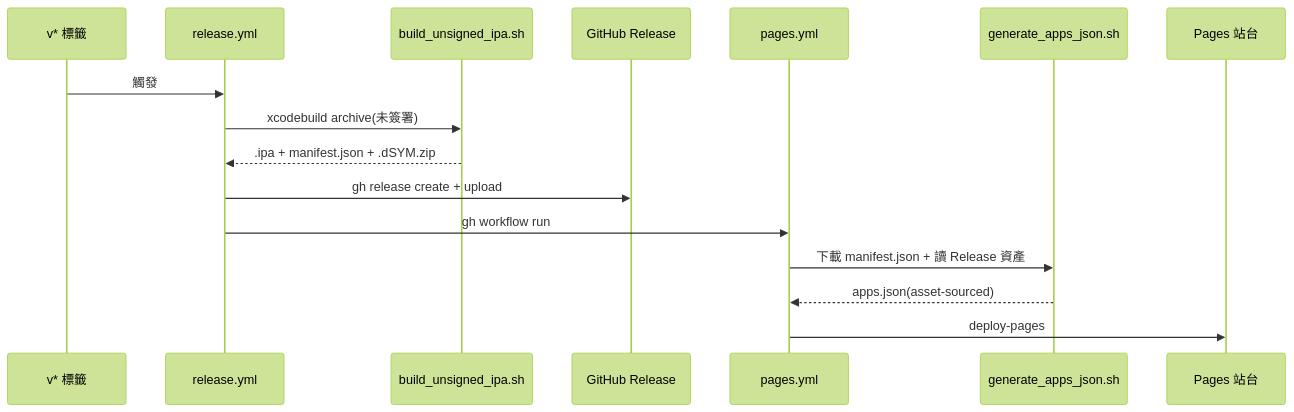
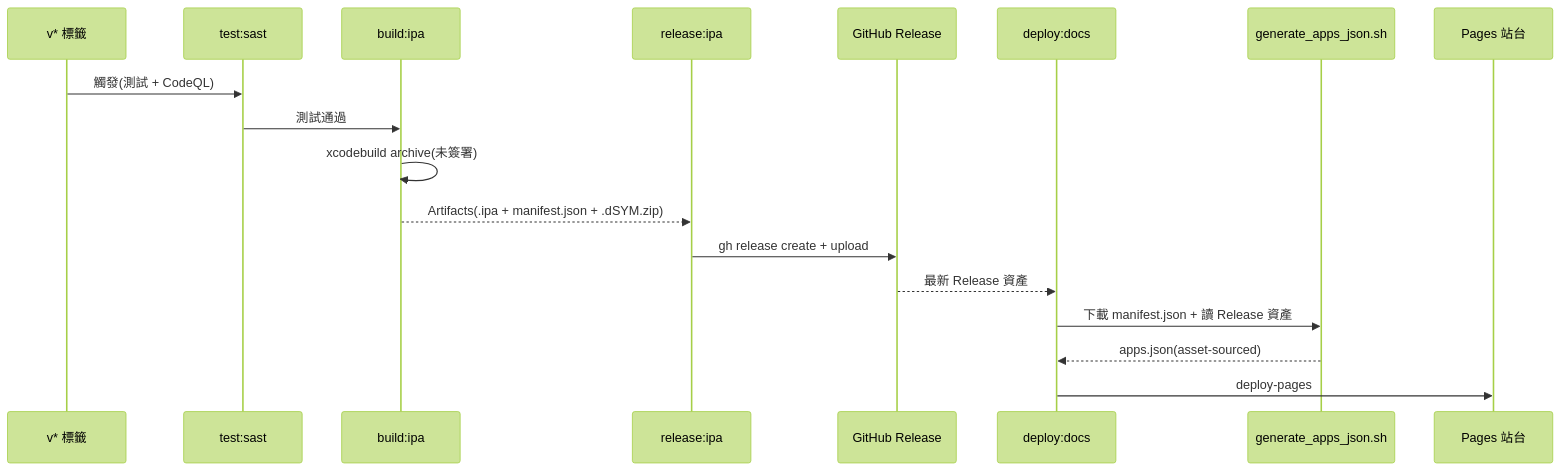
The second of 2 diagrams in docbase/architecture.md (Mcc-Mak/ios-app), drawn with Mermaid (forest theme) before and after one commit. The commit also changed other lines of this file and 28 other files, not shown here.

````diff
--- a/docbase/architecture.md
+++ b/docbase/architecture.md
@@ -22,18 +23,20 @@
 ```mermaid
 sequenceDiagram
   participant Tag as v* 標籤
-  participant Rel as release.yml
-  participant Build as build_unsigned_ipa.sh
+  participant Test as test:sast
+  participant Build as build:ipa
+  participant Rel as release:ipa
   participant GH as GitHub Release
-  participant Pages as pages.yml
+  participant Pages as deploy:docs
   participant Gen as generate_apps_json.sh
   participant Site as Pages 站台
-  Tag->>Rel: 觸發
-  Rel->>Build: xcodebuild archive(未簽署)
-  Build-->>Rel: .ipa + manifest.json + .dSYM.zip
+  Tag->>Test: 觸發(測試 + CodeQL)
+  Test->>Build: 測試通過
+  Build->>Build: xcodebuild archive(未簽署)
+  Build-->>Rel: Artifacts(.ipa + manifest.json + .dSYM.zip)
   Rel->>GH: gh release create + upload
-  Rel->>Pages: gh workflow run
+  GH-->>Pages: 最新 Release 資產
   Pages->>Gen: 下載 manifest.json + 讀 Release 資產
   Gen-->>Pages: apps.json(asset-sourced)
   Pages->>Site: deploy-pages
 ```
````
